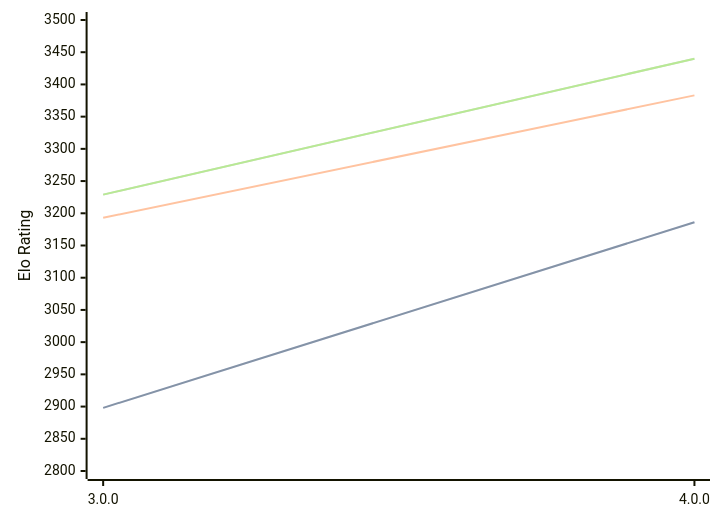
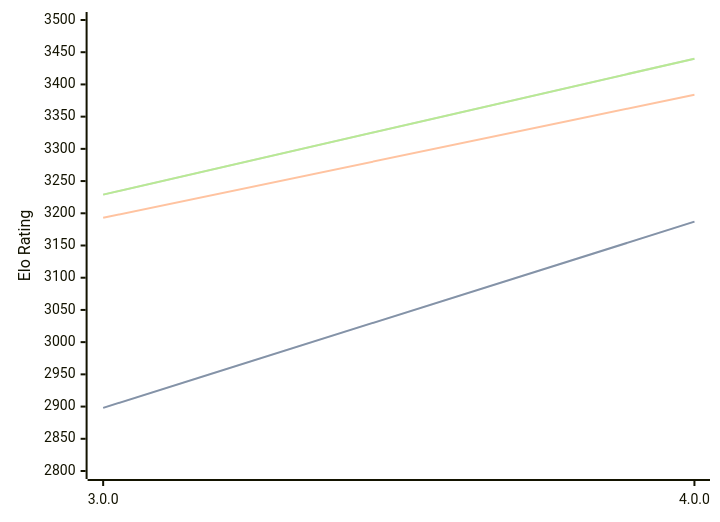
The diagram in engines/Avalanche.md (computer-chess-index/cci), drawn with Mermaid before and after one commit. The commit also changed other lines of this file, not shown here.

````diff
--- a/engines/Avalanche.md
+++ b/engines/Avalanche.md
@@ -32,11 +32,11 @@
 ```mermaid
 %%{init: {"theme":"base","themeVariables":{"seriesColors:['#a3a3a3','#222221','#faa371']}}}%%
 xychart-beta
   x-axis ["3.0.0", "4.0.0"]
   y-axis "Elo Rating" 2800 --> 3500
-  line "" [2898, 3186]
-  line "STC (8.0+0.08s)" [2898, 3186]
-  line "LTC (60.0+0.60s)" [3193, 3383]
+  line "" [2898, 3187]
+  line "STC (8.0+0.08s)" [2898, 3187]
+  line "LTC (60.0+0.60s)" [3193, 3384]
   line "" [3229, 3440]
   line "VLTC (2m24s+1.12s)" [3229, 3440]
 ```
````
